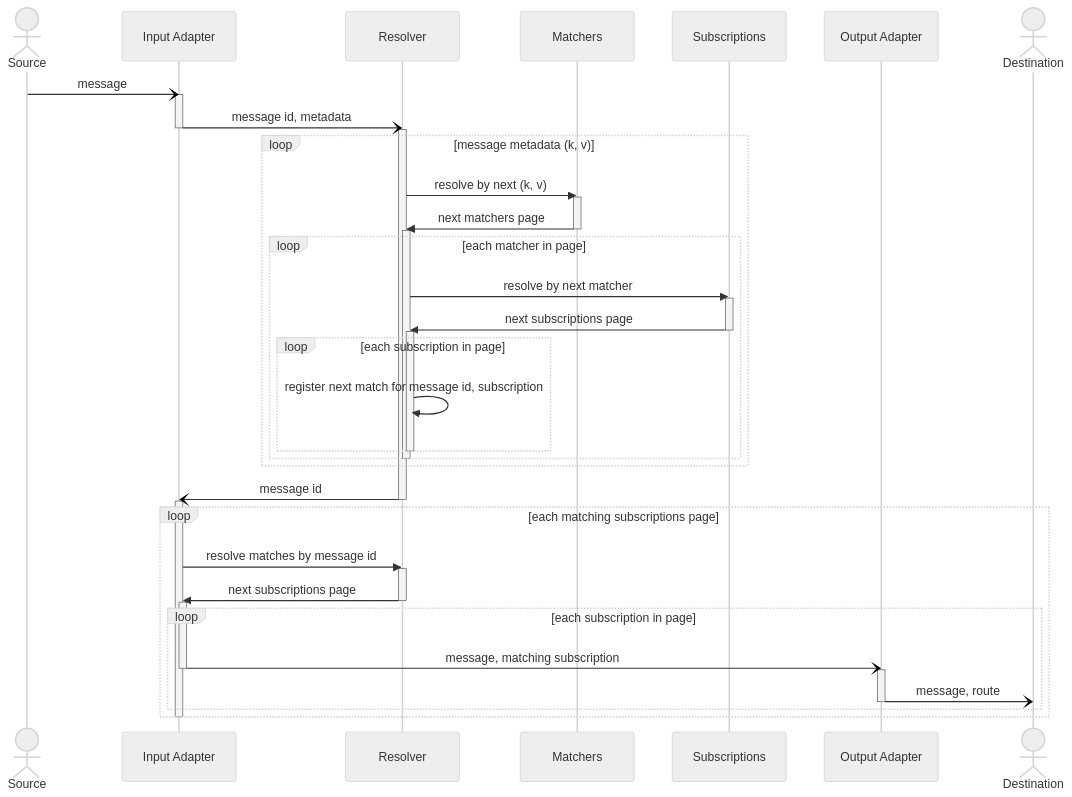
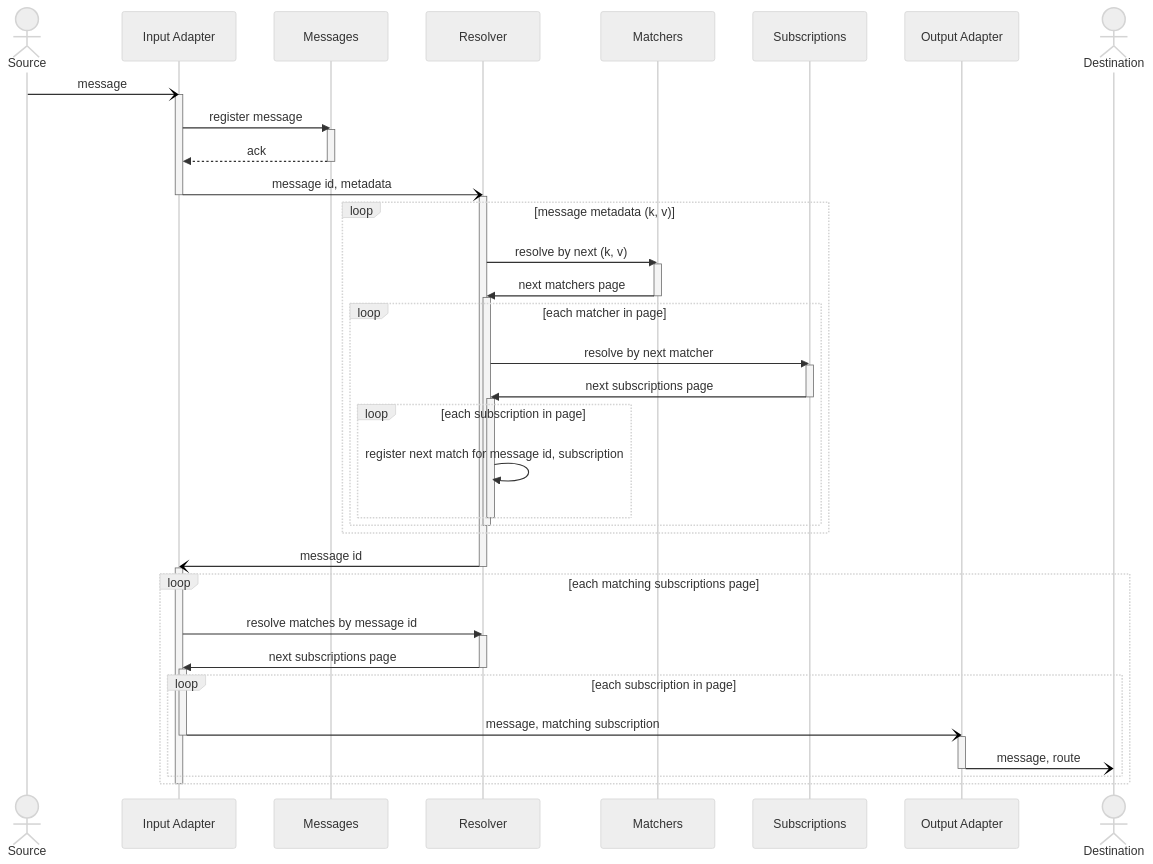
Before and after one commit to awakari/.github: the diagram in profile/README.md, drawn with Mermaid.

````diff
--- a/profile/README.md
+++ b/profile/README.md
@@ -13,68 +13,74 @@
 ```mermaid
 %%{init: {'theme': 'neutral' } }%%
 sequenceDiagram
 
     actor Source
     participant Input Adapter
+    participant Messages
     participant Resolver
     participant Matchers
     participant Subscriptions
     participant Output Adapter
     actor Destination
 
     Source-)Input Adapter: message
     activate Input Adapter
+    
+    Input Adapter->>Messages: register message
+    activate Messages
+    Messages-->>Input Adapter: ack
+    deactivate Messages
     
     Input Adapter-)Resolver: message id, metadata
     deactivate Input Adapter
     activate Resolver
     
     loop message metadata (k, v)
     
         Resolver->>Matchers: resolve by next (k, v)
         activate Matchers
         Matchers->>Resolver: next matchers page
         deactivate Matchers
         
         activate Resolver
         loop each matcher in page
             
             Resolver->>Subscriptions: resolve by next matcher
             activate Subscriptions
             Subscriptions->>Resolver: next subscriptions page
             deactivate Subscriptions
             
             activate Resolver
             loop each subscription in page
                 Resolver->>Resolver: register next match for message id, subscription
             end
             deactivate Resolver
             
         end
         deactivate Resolver
     end
     
     
     
     Resolver-)Input Adapter: message id
     deactivate Resolver
 
     activate Input Adapter
     loop each matching subscriptions page
         Input Adapter->>Resolver: resolve matches by message id
         activate Resolver
         Resolver->>Input Adapter: next subscriptions page
         deactivate Resolver
         activate Input Adapter
         
         loop each subscription in page
             Input Adapter-)Output Adapter: message, matching subscription
             deactivate Input Adapter
             activate Output Adapter
             Output Adapter-)Destination: message, route
             deactivate Output Adapter
         end
         
     end
     deactivate Input Adapter
 ```
````
